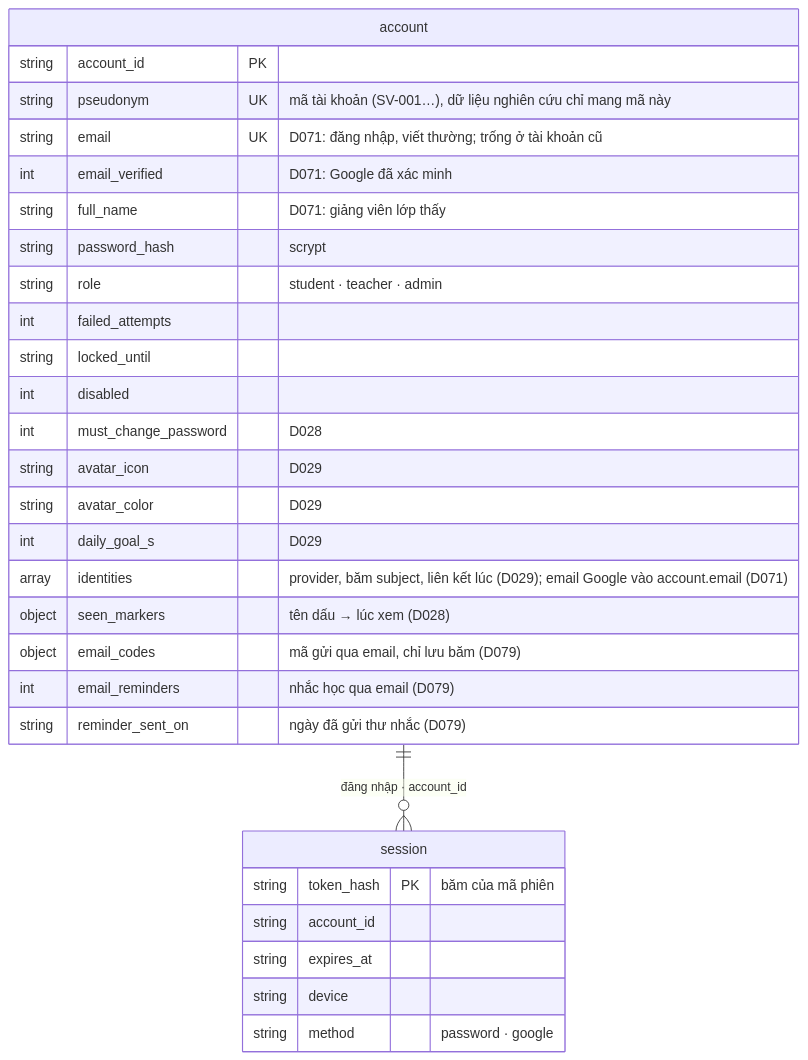
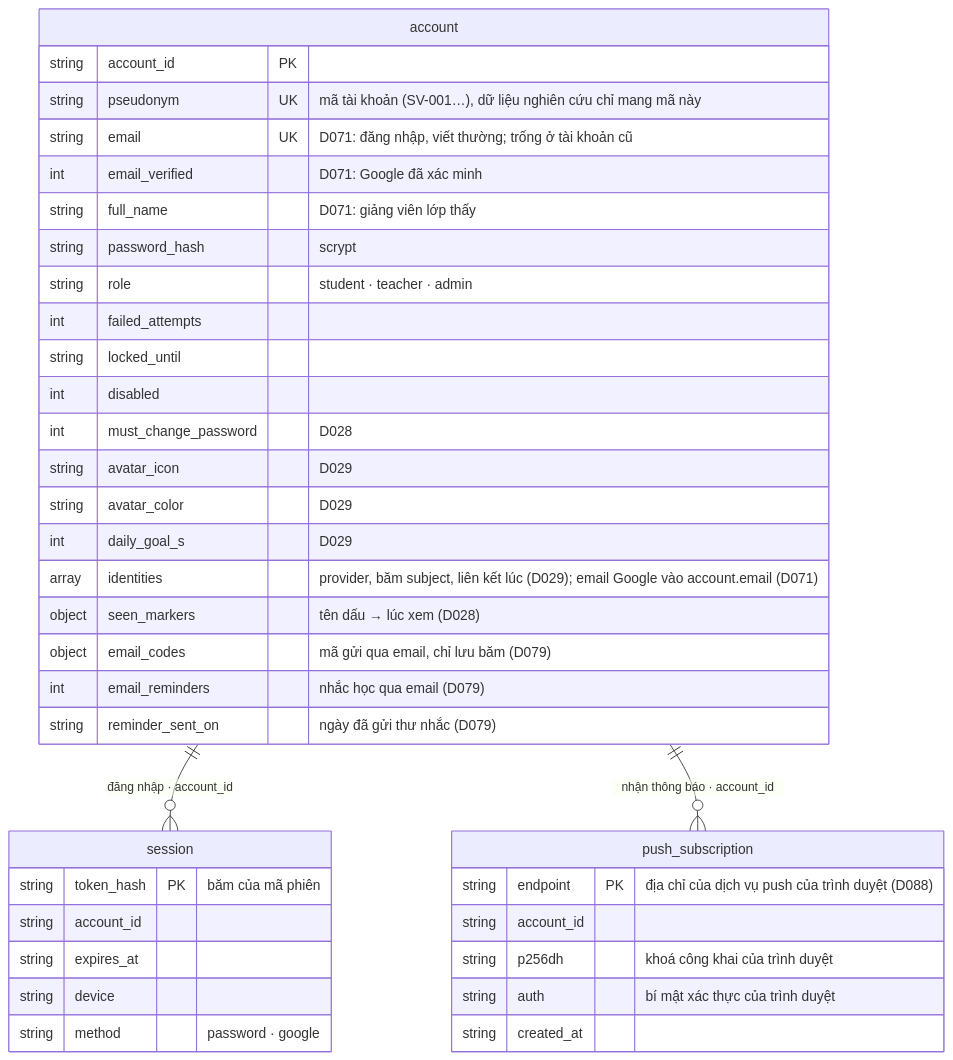
Before and after one commit to ThanhSangLouis/ai-assessor-cefr: the seventh of 11 diagrams in docs/sdd/SDD.md, drawn with Mermaid. The commit also changed other lines of this file and 44 other files, not shown here.

First line of the commit message:
D088: cài SpeakUp như ứng dụng (PWA) và thông báo đẩy (Web Push)

````diff
--- a/docs/sdd/SDD.md
+++ b/docs/sdd/SDD.md
@@ -1069,37 +1069,47 @@
 ```mermaid
 %% SDD - Diagram 5c: ERD - dinh danh (MongoDB, database core, D060)
 %% Lien ket Google va dau "da xem" nam trong document cua tai khoan; phien dang
-%% nhap la collection rieng vi can chi muc TTL tu xoa phien het han.
+%% nhap la collection rieng vi can chi muc TTL tu xoa phien het han; trinh
+%% duyet nhan thong bao day (D088) cung rieng, mot tai khoan nhieu trinh duyet.
 erDiagram
     account ||--o{ session : "đăng nhập · account_id"
+    account ||--o{ push_subscription : "nhận thông báo · account_id"
 
     account {
         string account_id PK
         string pseudonym UK "mã tài khoản (SV-001…), dữ liệu nghiên cứu chỉ mang mã này"
         string email UK "D071: đăng nhập, viết thường; trống ở tài khoản cũ"
         int email_verified "D071: Google đã xác minh"
         string full_name "D071: giảng viên lớp thấy"
         string password_hash "scrypt"
         string role "student · teacher · admin"
         int failed_attempts
         string locked_until
         int disabled
         int must_change_password "D028"
         string avatar_icon "D029"
         string avatar_color "D029"
         int daily_goal_s "D029"
         array identities "provider, băm subject, liên kết lúc (D029); email Google vào account.email (D071)"
         object seen_markers "tên dấu → lúc xem (D028)"
         object email_codes "mã gửi qua email, chỉ lưu băm (D079)"
         int email_reminders "nhắc học qua email (D079)"
         string reminder_sent_on "ngày đã gửi thư nhắc (D079)"
     }
 
     session {
         string token_hash PK "băm của mã phiên"
         string account_id
         string expires_at
         string device
         string method "password · google"
     }
+
+    push_subscription {
+        string endpoint PK "địa chỉ của dịch vụ push của trình duyệt (D088)"
+        string account_id
+        string p256dh "khoá công khai của trình duyệt"
+        string auth "bí mật xác thực của trình duyệt"
+        string created_at
+    }
 ```
````
